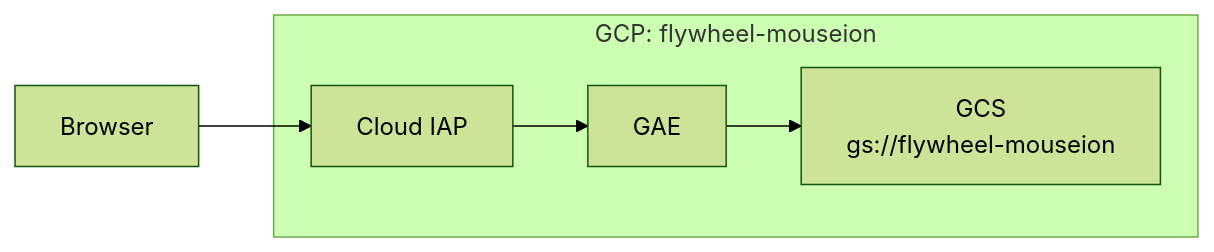
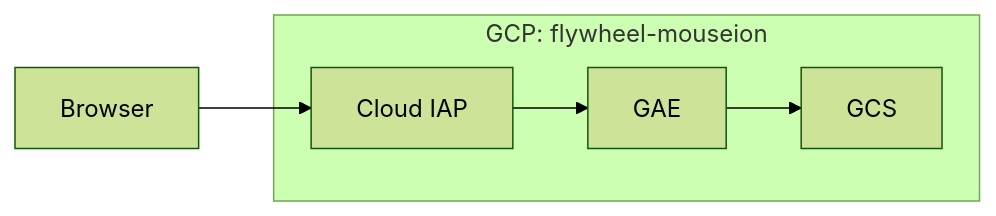
Before and after one commit to flywheel-jp/mouseion: the diagram in docs/architecture.md, drawn with Mermaid (forest theme). The commit also changed 16 other files, not shown here.

````diff
--- a/docs/architecture.md
+++ b/docs/architecture.md
@@ -3,8 +3,8 @@
 ```mermaid
 graph LR
-  Browser --> IAP
+  Browser --> IAP[Cloud IAP]
   subgraph GCP: flywheel-mouseion
-    IAP[Cloud IAP] --> GAE
-    GAE --> GCS[GCS<br/>gs://flywheel-mouseion]
+    IAP --> GAE
+    GAE --> GCS
   end
 ```
````
